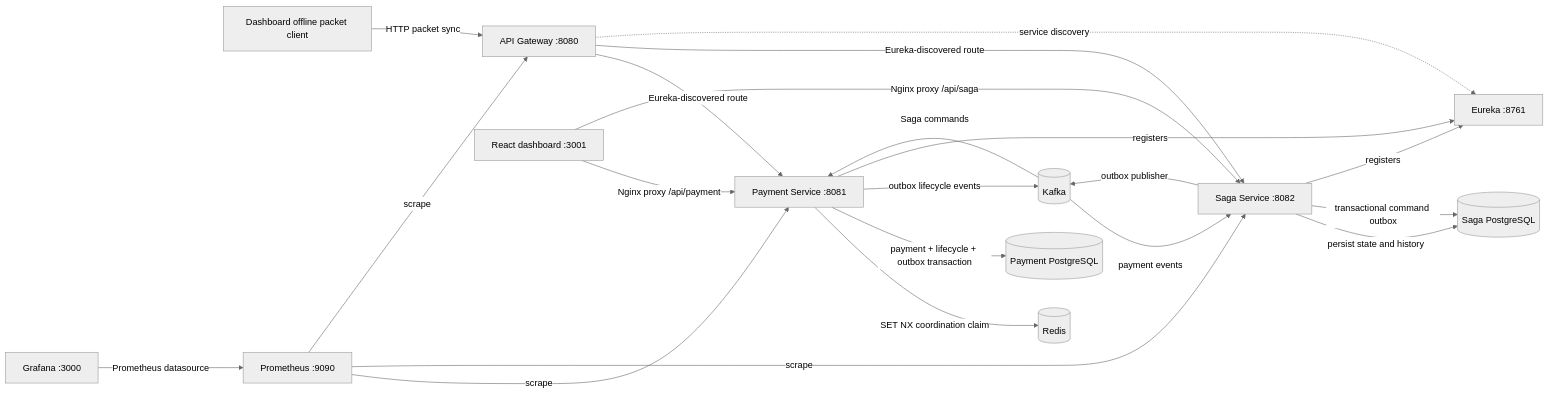
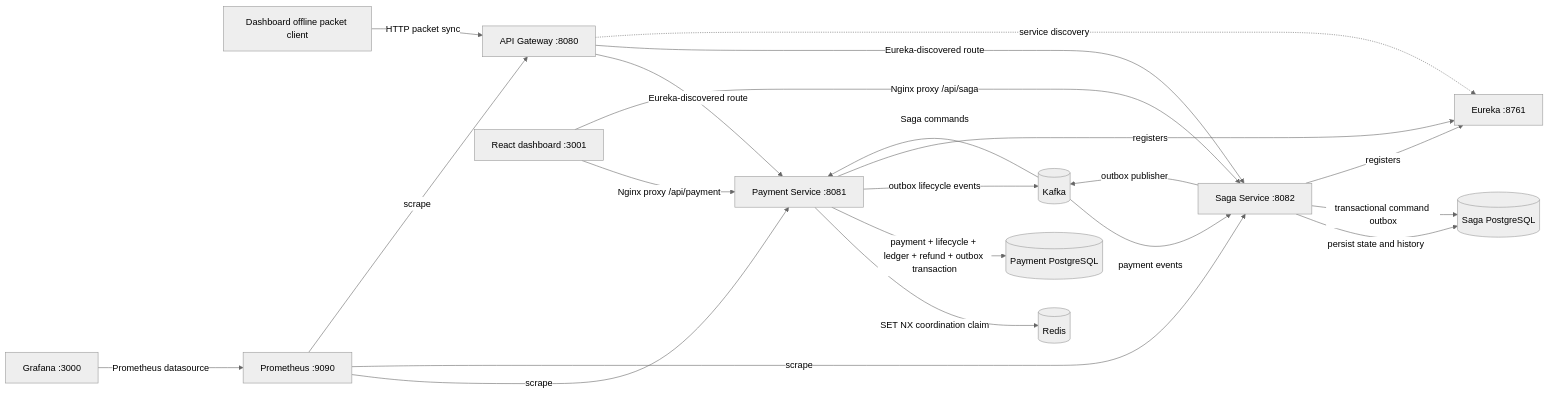
Before and after one commit to aryangaikwad-966/MeshPay-Offline-First-Distributed-Payment-Engine: the diagram in README.md, drawn with Mermaid (neutral theme). The commit also changed other lines of this file and 4 other files, not shown here.

````diff
--- a/README.md
+++ b/README.md
@@ -63,27 +64,27 @@
 ```mermaid
 flowchart LR
     Client[Dashboard offline packet client] -->|HTTP packet sync| Gateway[API Gateway :8080]
     Gateway -->|Eureka-discovered route| Payment[Payment Service :8081]
     Gateway -->|Eureka-discovered route| Saga[Saga Service :8082]
 
     Browser[React dashboard :3001] -->|Nginx proxy /api/payment| Payment
     Browser -->|Nginx proxy /api/saga| Saga
 
     Payment -->|SET NX coordination claim| Redis[(Redis)]
-    Payment -->|payment + lifecycle + outbox transaction| PayDB[(Payment PostgreSQL)]
+    Payment -->|payment + lifecycle + ledger + refund + outbox transaction| PayDB[(Payment PostgreSQL)]
     Payment -->|outbox lifecycle events| Kafka[(Kafka)]
     Kafka -->|payment events| Saga
     Saga -->|persist state and history| SagaDB[(Saga PostgreSQL)]
     Saga -->|transactional command outbox| SagaDB
     Saga -->|outbox publisher| Kafka
     Kafka -->|Saga commands| Payment
 
     Payment -->|registers| Eureka[Eureka :8761]
     Saga -->|registers| Eureka
     Gateway -. service discovery .-> Eureka
 
     Prom[Prometheus :9090] -->|scrape| Payment
     Prom -->|scrape| Saga
     Prom -->|scrape| Gateway
     Grafana[Grafana :3000] -->|Prometheus datasource| Prom
 ```
````
